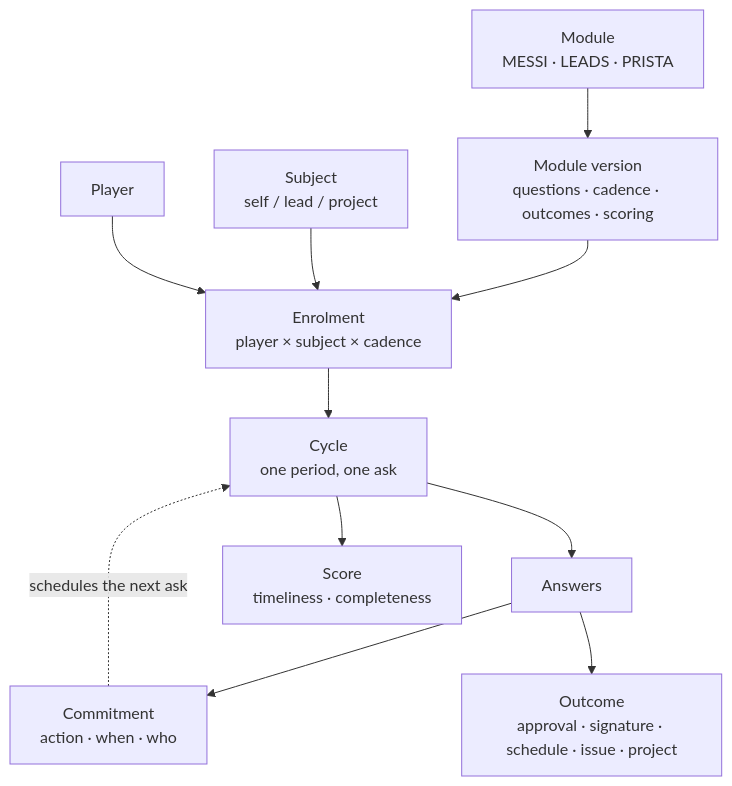
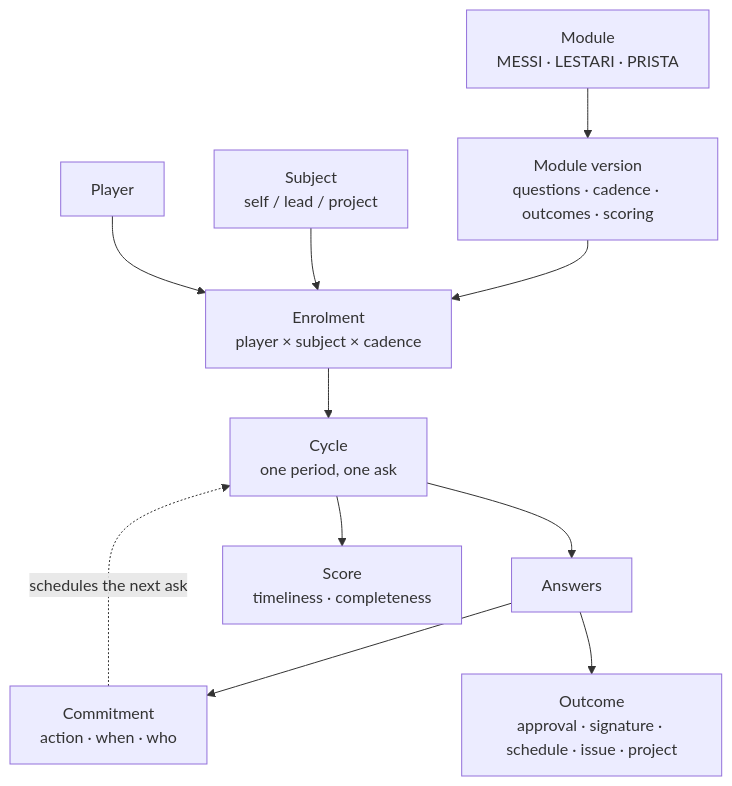
Before and after one commit to oasys-lightrees/MESSI: the first of 3 diagrams in docs/14-followup-engine.md, drawn with Mermaid. The commit also changed other lines of this file and 8 other files, not shown here.

````diff
--- a/docs/14-followup-engine.md
+++ b/docs/14-followup-engine.md
@@ -47,13 +47,13 @@
 ```mermaid
 graph TB
-    M["Module<br/>MESSI · LEADS · PRISTA"] --> MV["Module version<br/>questions · cadence · outcomes · scoring"]
+    M["Module<br/>MESSI · LESTARI · PRISTA"] --> MV["Module version<br/>questions · cadence · outcomes · scoring"]
     MV --> EN["Enrolment<br/>player × subject × cadence"]
     SU["Subject<br/>self / lead / project"] --> EN
     PL["Player"] --> EN
     EN --> CY["Cycle<br/>one period, one ask"]
     CY --> AN["Answers"]
     AN --> CM["Commitment<br/>action · when · who"]
     AN --> OU["Outcome<br/>approval · signature · schedule · issue · project"]
     CM -.->|schedules the next ask| CY
     CY --> SC["Score<br/>timeliness · completeness"]
 ```
````
